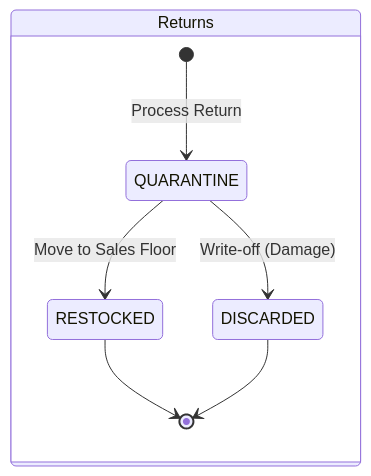
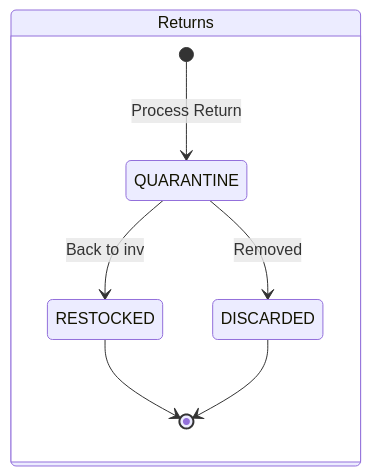
Before and after one commit to felineeee/fin-ledger-monorepo: the fifth of 5 diagrams in README.md, drawn with Mermaid. The commit also changed other lines of this file, not shown here.

````diff
--- a/README.md
+++ b/README.md
@@ -181,14 +220,14 @@
 ```mermaid
 stateDiagram-v2
     direction LR
 
     state "Returns" as Returns {
         [*] --> QUARANTINE : Process Return
         
-        QUARANTINE --> RESTOCKED : Move to Sales Floor
-        QUARANTINE --> DISCARDED : Write-off (Damage)
+        QUARANTINE --> RESTOCKED : Back to inv
+        QUARANTINE --> DISCARDED : Removed
         
         RESTOCKED --> [*]
         DISCARDED --> [*]
     }
 ```
````
